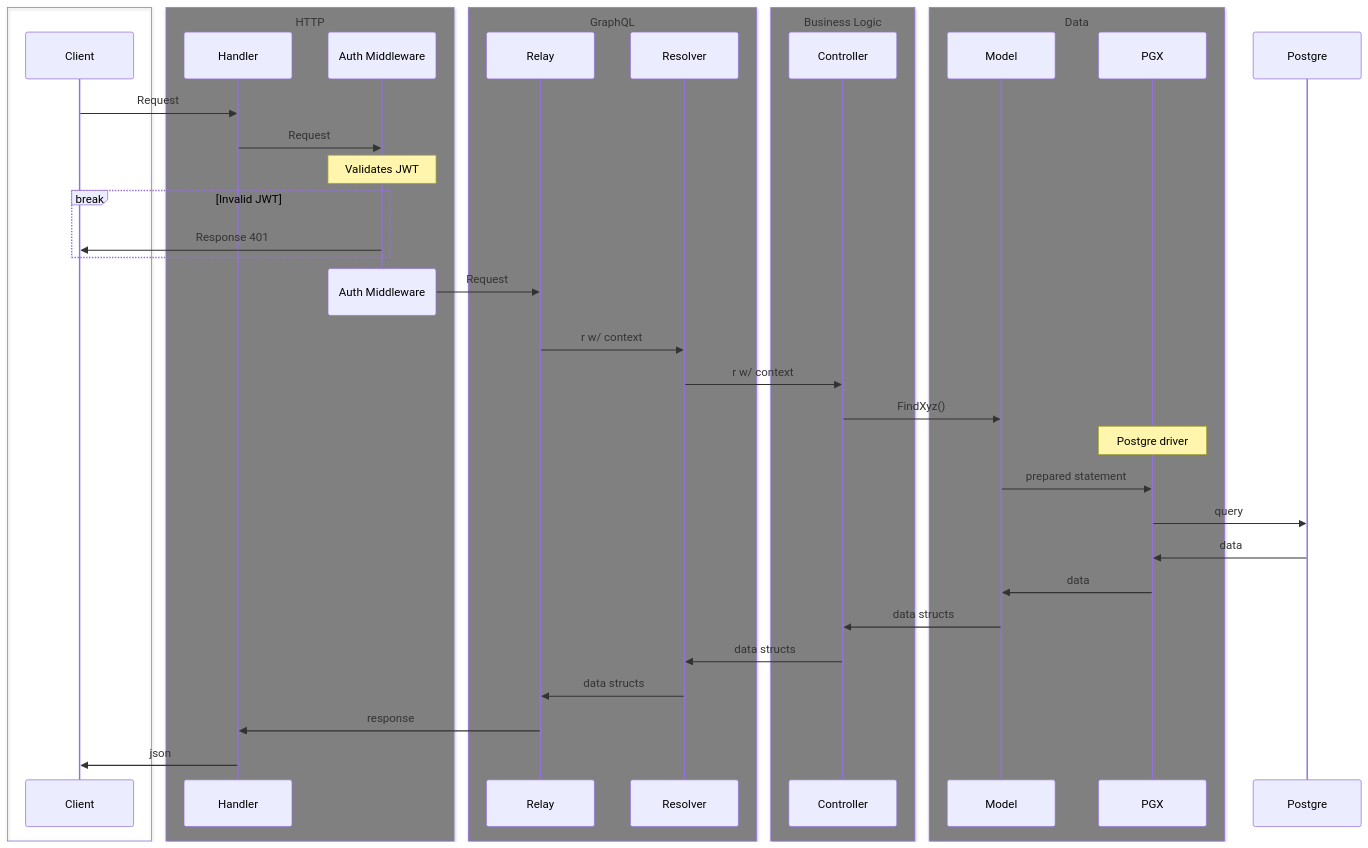
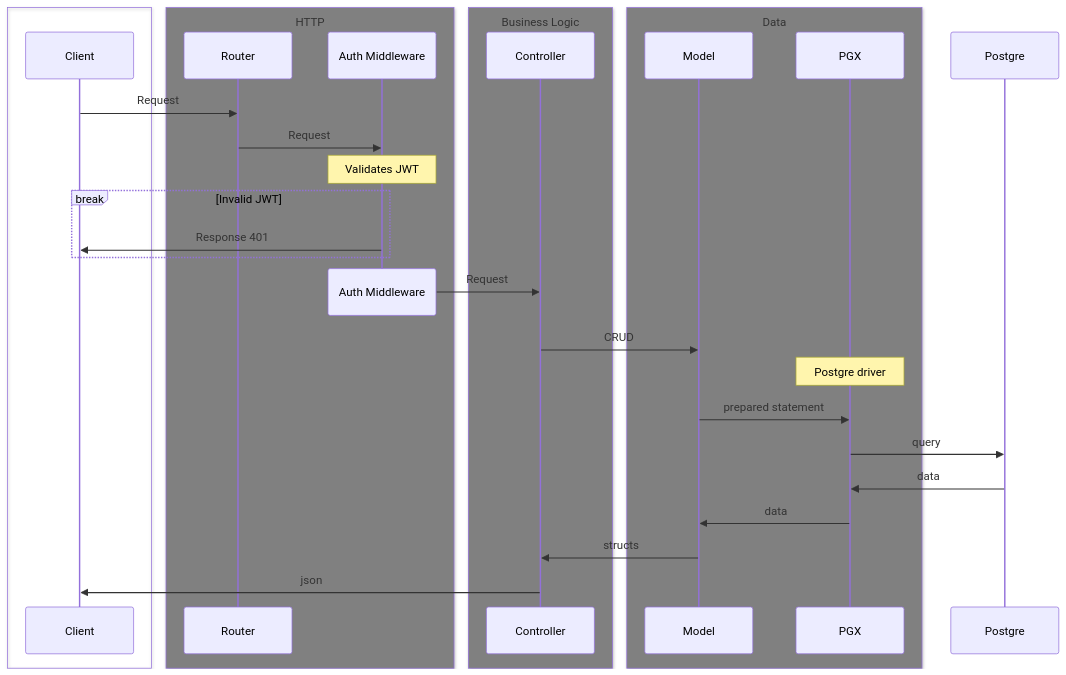
The diagram in backend/README.md (CMS-Enterprise/ztmf), drawn with Mermaid before and after one commit. The commit also changed other lines of this file and 9 other files, not shown here.

````diff
--- a/backend/README.md
+++ b/backend/README.md
@@ -37,43 +39,34 @@
 ```mermaid
 sequenceDiagram
 
 box Transparent
   participant Client
 end
 box Gray HTTP
-  participant Handler
+  participant Router
   participant Auth Middleware
-end
-box Gray GraphQL
-  participant Relay
-  participant Resolver
 end
 box Gray Business Logic
   participant Controller
 end
 box Gray Data
   participant Model
   participant PGX
 end
-Client->>Handler: Request
-Handler->>Auth Middleware: Request
+Client->>Router: Request
+Router->>Auth Middleware: Request
 Note over Auth Middleware: Validates JWT
 break Invalid JWT
   Auth Middleware ->> Client: Response 401
 end
 destroy Auth Middleware
-Auth Middleware ->> Relay: Request
-Relay ->> Resolver: r w/ context
-Resolver ->> Controller: r w/ context
-Controller ->> Model: FindXyz()
+Auth Middleware ->> Controller: Request
+Controller ->> Model: CRUD
 note over PGX: Postgre driver
 Model ->> PGX: prepared statement
 PGX ->> Postgre: query
 Postgre ->> PGX: data
 PGX ->> Model: data
-Model ->> Controller: data structs
-Controller ->> Resolver: data structs
-Resolver ->> Relay: data structs
-Relay ->> Handler: response
-Handler ->> Client: json
+Model ->> Controller: structs
+Controller ->> Client: json
 ```
````
